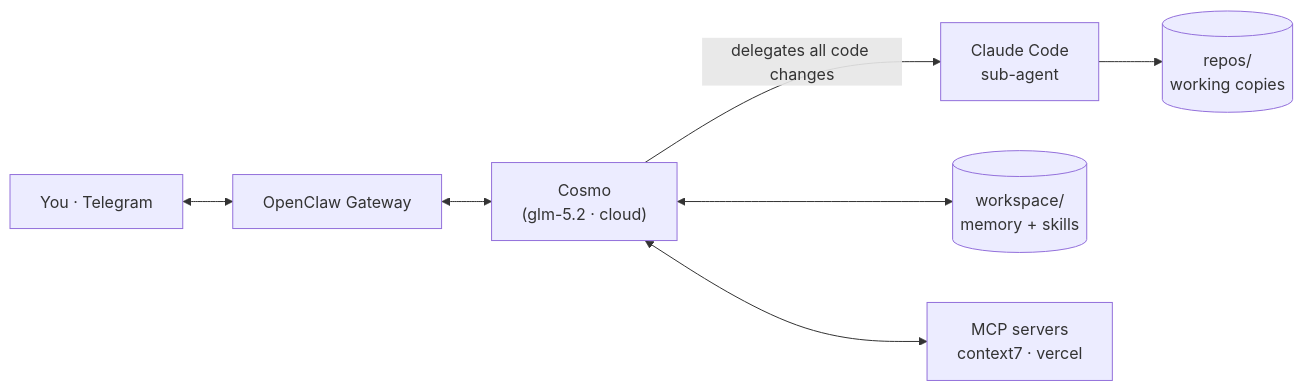
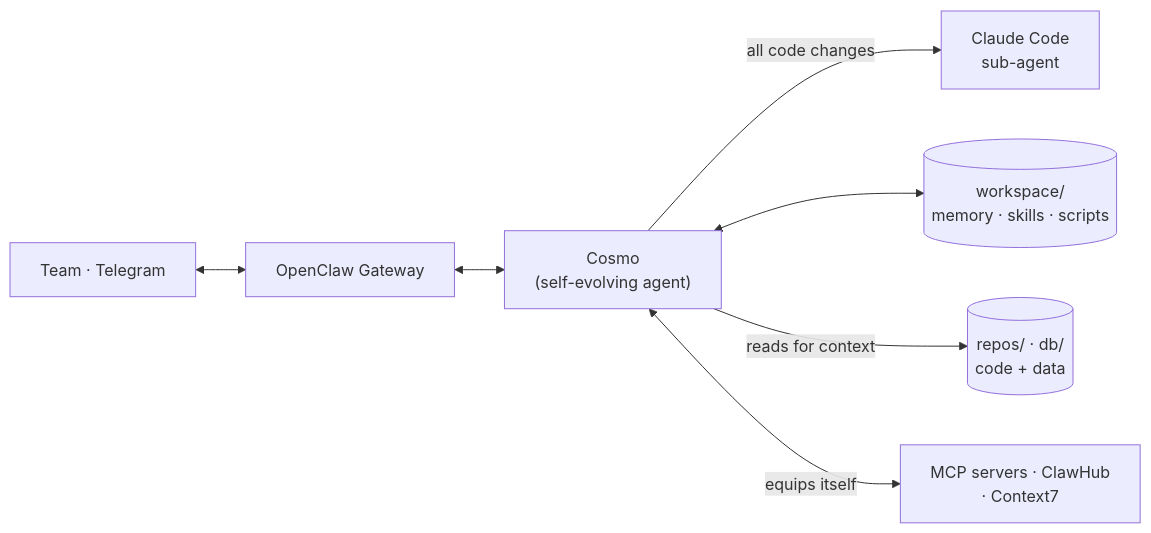
The first of 4 diagrams in README.md (Atrv-Shrn/Cosmo-Openclaw), drawn with Mermaid before and after one commit. The commit also changed other lines of this file, not shown here.

````diff
--- a/README.md
+++ b/README.md
@@ -18,9 +18,9 @@
 ```mermaid
 flowchart LR
-    User["You · Telegram"] <--> GW["OpenClaw Gateway"]
-    GW <--> Agent["Cosmo<br/>(glm-5.2 · cloud)"]
-    Agent -->|"delegates all code changes"| CC["Claude Code<br/>sub-agent"]
-    Agent <--> WS[("workspace/<br/>memory + skills")]
-    Agent <--> MCP["MCP servers<br/>context7 · vercel"]
-    CC --> Repos[("repos/<br/>working copies")]
+    Team["Team · Telegram"] <--> GW["OpenClaw Gateway"]
+    GW <--> Agent["Cosmo<br/>(self-evolving agent)"]
+    Agent -->|"all code changes"| CC["Claude Code<br/>sub-agent"]
+    Agent <--> WS[("workspace/<br/>memory · skills · scripts")]
+    Agent -->|"reads for context"| Ctx[("repos/ · db/<br/>code + data")]
+    Agent <-->|"equips itself"| Ext["MCP servers · ClawHub<br/>· Context7"]
 ```
````
